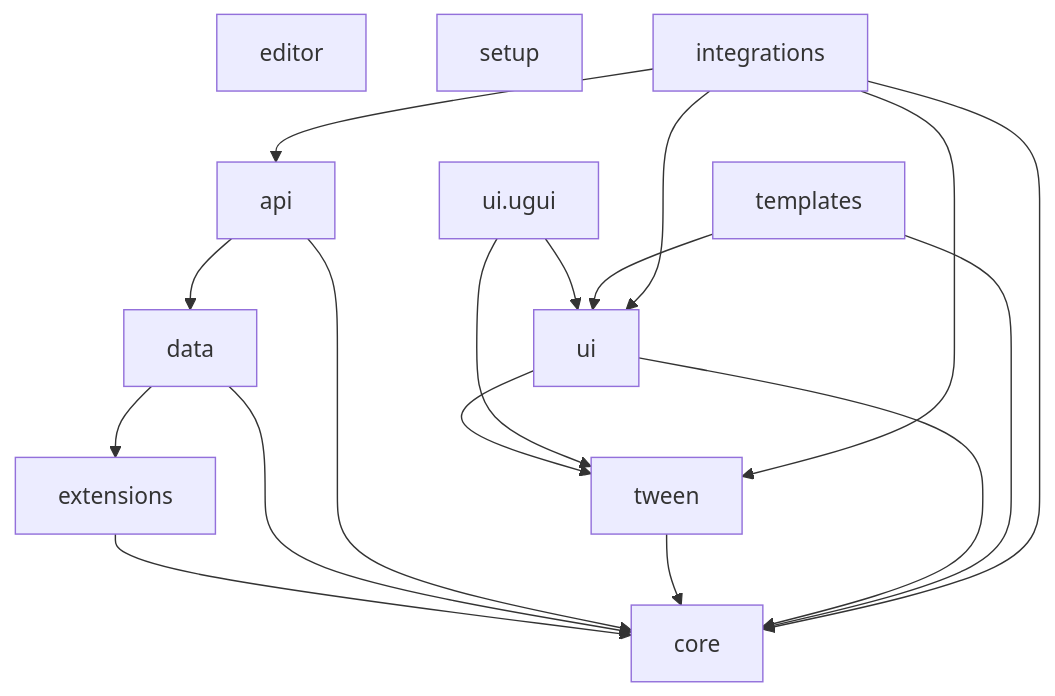
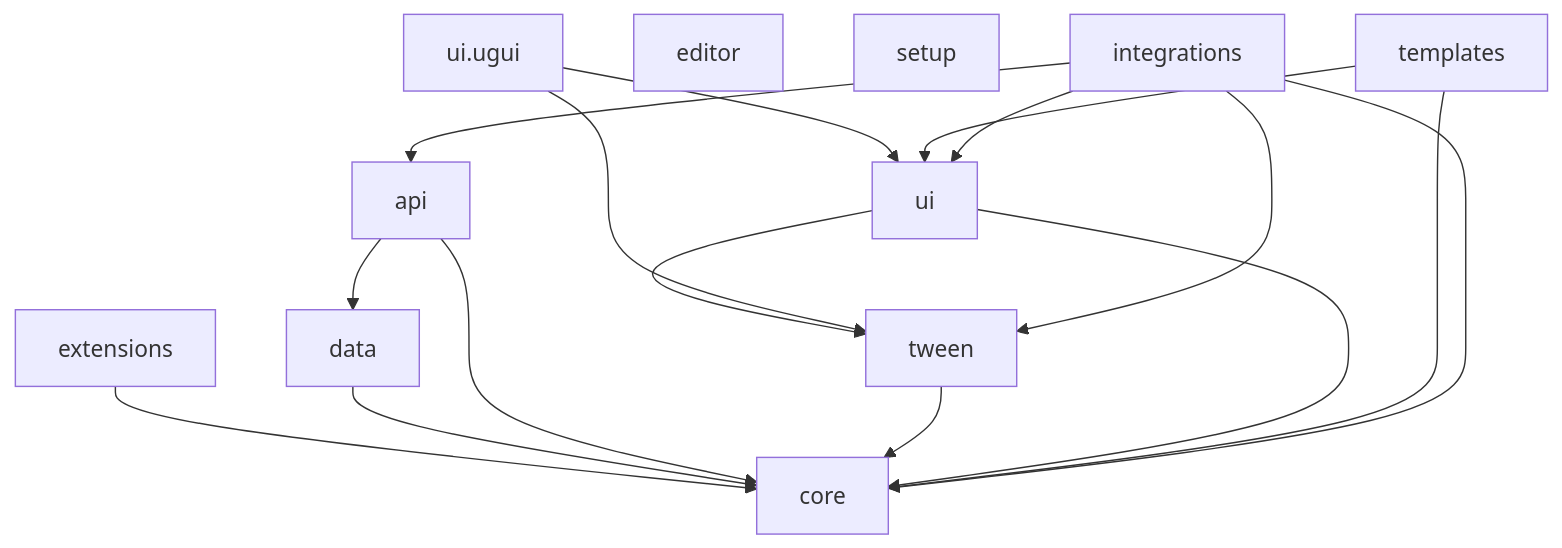
The diagram in README.md (Uee03/Pretzel), drawn with Mermaid before and after one commit. The commit also changed other lines of this file and 233 other files, not shown here.

````diff
--- a/README.md
+++ b/README.md
@@ -11,31 +12,30 @@
 ```mermaid
 graph TD
     core[core]
     extensions[extensions]
     data[data]
     api[api]
     tween[tween]
     ui[ui]
     ugui[ui.ugui]
     editor[editor]
     setup[setup]
     templates[templates]
     integrations[integrations]
 
     extensions --> core
     data --> core
-    data --> extensions
     api --> core
     api --> data
     tween --> core
     ui --> core
     ui --> tween
     ugui --> ui
     ugui --> tween
     templates --> core
     templates --> ui
     integrations --> core
     integrations --> tween
     integrations --> api
     integrations --> ui
 ```
````
